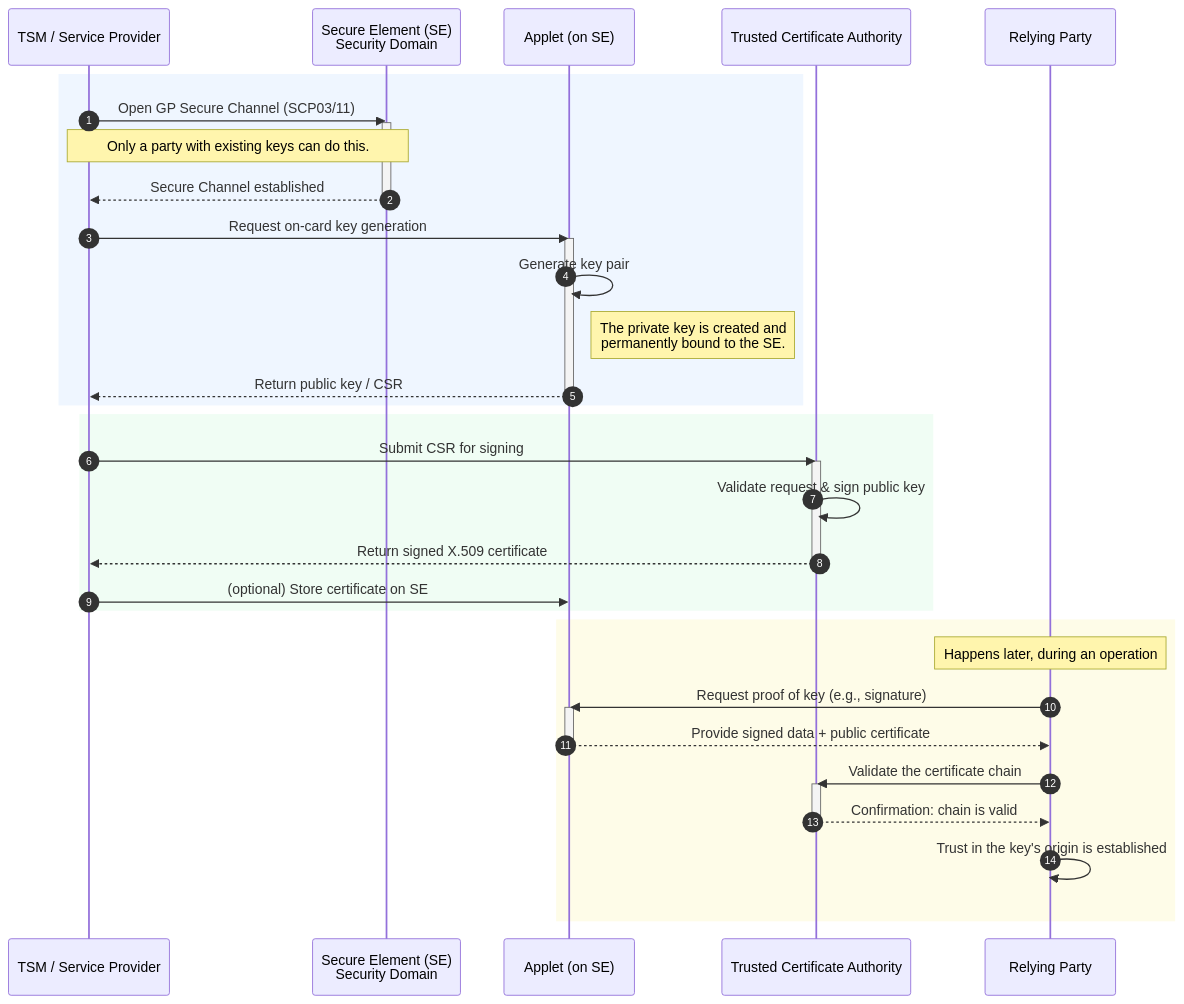
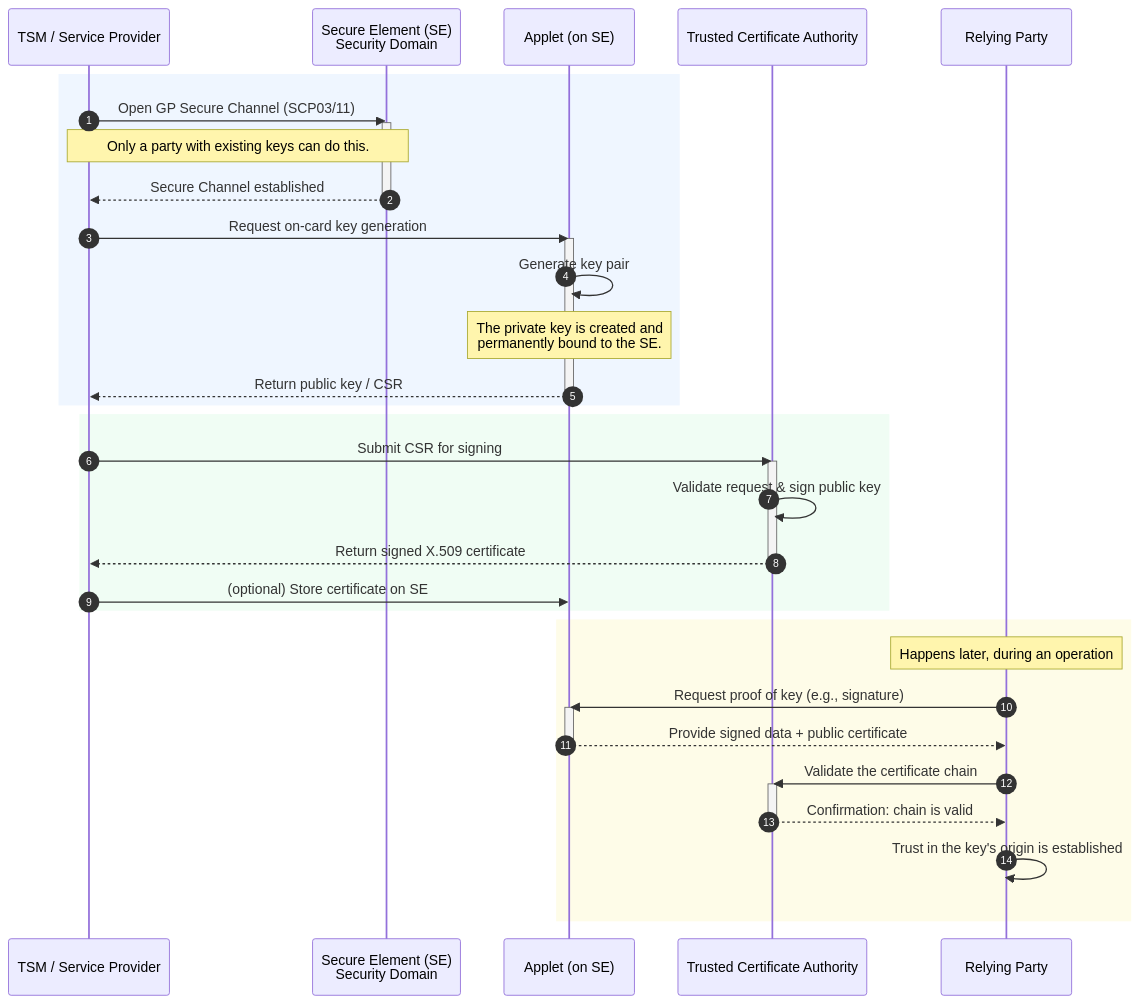
One commit to nnworkspace/android-key-attestation changed the first of 2 diagrams in slides.md. Above: the diagram before and after it, drawn with Mermaid. The commit also changed other lines of this file, not shown here.

Commit message:
adjust notes position in mermaid diagrams.

````diff
--- a/slides.md
+++ b/slides.md
@@ -148,53 +148,53 @@
 ```mermaid
 sequenceDiagram
     autonumber
     participant TSM as TSM / Service Provider
     participant SE as Secure Element (SE)<br/>Security Domain
     participant Applet as Applet (on SE)
     participant CA as Trusted Certificate Authority
     participant RP as Relying Party
 
     %% -- 1. Secure Channel & Key Generation --
     rect rgb(239, 246, 255)
         TSM->>SE: Open GP Secure Channel (SCP03/11)
         activate SE
         note over TSM, SE: Only a party with existing keys can do this.
         SE-->>TSM: Secure Channel established
         deactivate SE
 
         TSM->>Applet: Request on-card key generation
         activate Applet
         Applet->>Applet: Generate key pair
-        note right of Applet: The private key is created and<br/>permanently bound to the SE.
+        note over Applet: The private key is created and<br/>permanently bound to the SE.
         Applet-->>TSM: Return public key / CSR
         deactivate Applet
     end
 
     %% -- 2. Certificate Issuance --
     rect rgb(240, 253, 244)
         TSM->>CA: Submit CSR for signing
         activate CA
         CA->>CA: Validate request & sign public key
         CA-->>TSM: Return signed X.509 certificate
         deactivate CA
 
         TSM->>Applet: (optional) Store certificate on SE
     end
 
 
     %% -- 3. Later Validation by a Relying Party --
     rect rgb(254, 252, 232)
         note over RP: Happens later, during an operation
         RP->>Applet: Request proof of key (e.g., signature)
         activate Applet
         Applet-->>RP: Provide signed data + public certificate
         deactivate Applet
 
         RP->>CA: Validate the certificate chain
         activate CA
         CA-->>RP: Confirmation: chain is valid
         deactivate CA
 
         RP->>RP: Trust in the key's origin is established
     end
 ```
````
